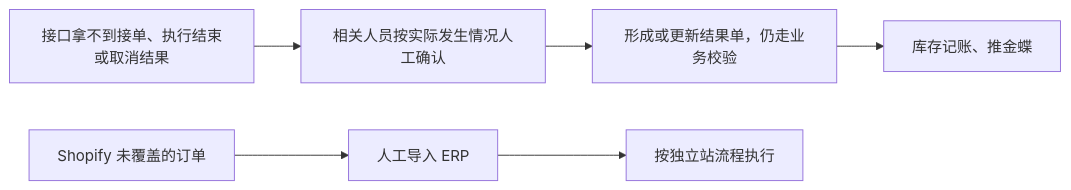
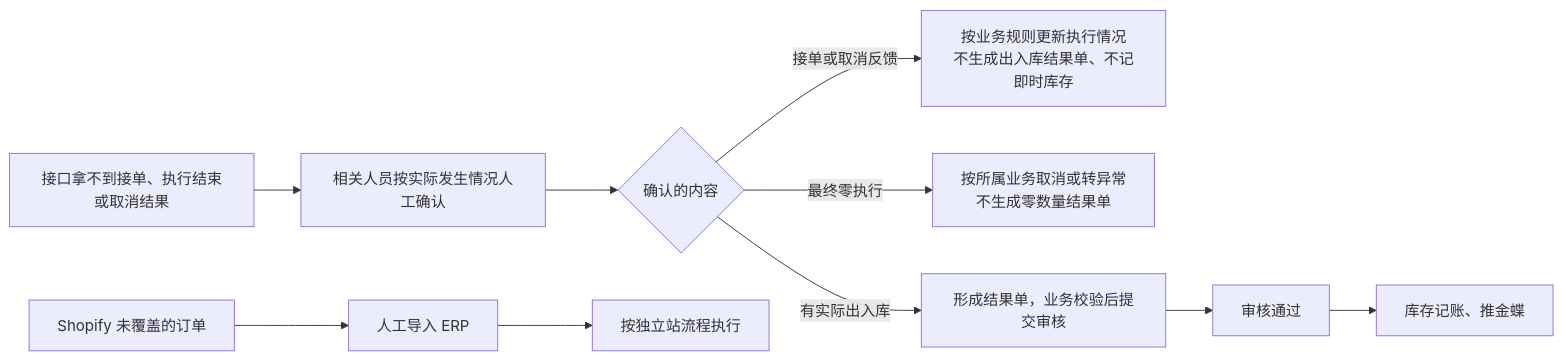
Diagram 11 of 11 in 04-产品设计方案/20260812-ERP项目第一版框架搭建/系统架构和流程/01-系统流程与单据交互.md (TopVitamin/QS-ERP-Project), drawn with Mermaid before and after one commit. The commit also changed other lines of this file and 195 other files, not shown here.

````diff
--- a/04-产品设计方案/20260812-ERP项目第一版框架搭建/系统架构和流程/01-系统流程与单据交互.md
+++ b/04-产品设计方案/20260812-ERP项目第一版框架搭建/系统架构和流程/01-系统流程与单据交互.md
@@ -340,8 +345,12 @@
 ```mermaid
 flowchart LR
     A[接口拿不到接单、执行结束或取消结果] --> B[相关人员按实际发生情况人工确认]
-    B --> C[形成或更新结果单，仍走业务校验]
-    C --> D[库存记账、推金蝶]
+    B --> R{确认的内容}
+    R -->|接单或取消反馈| S[按业务规则更新执行情况<br/>不生成出入库结果单、不记即时库存]
+    R -->|最终零执行| Z[按所属业务取消或转异常<br/>不生成零数量结果单]
+    R -->|有实际出入库| C[形成结果单，业务校验后提交审核]
+    C --> H[审核通过]
+    H --> D[库存记账、推金蝶]
     E[Shopify 未覆盖的订单] --> F[人工导入 ERP]
     F --> G[按独立站流程执行]
 ```
````
